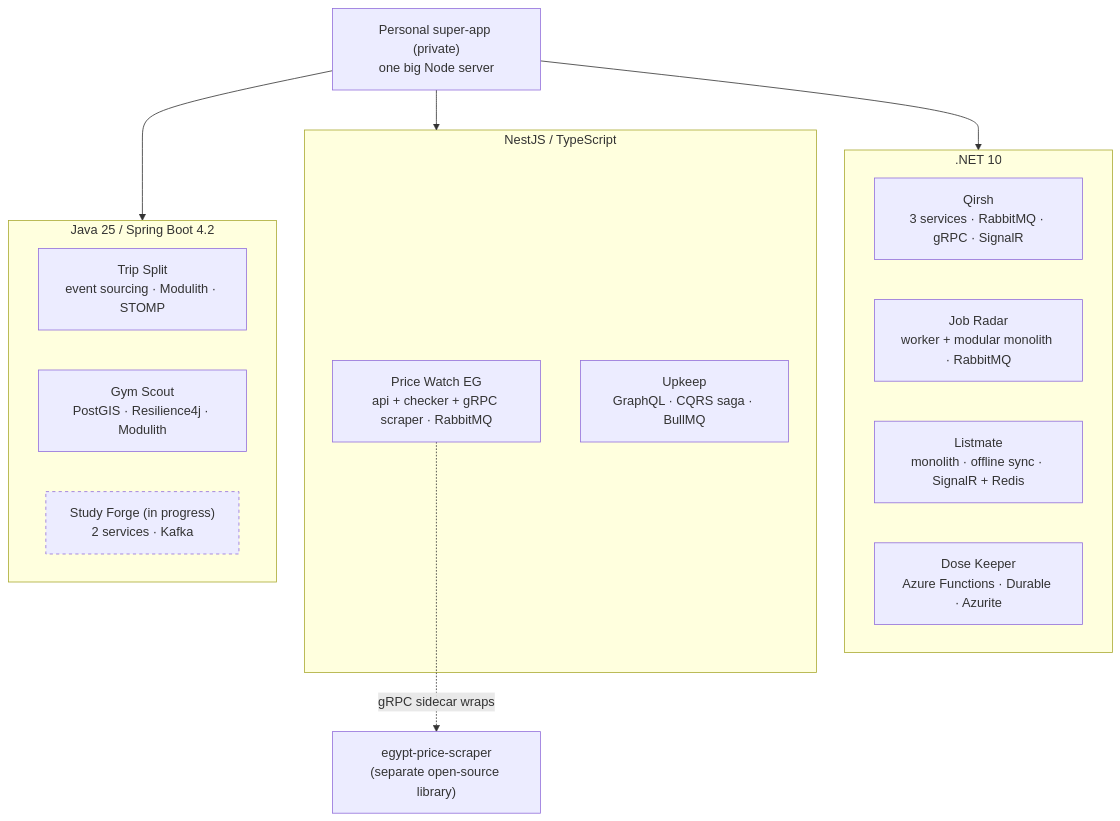
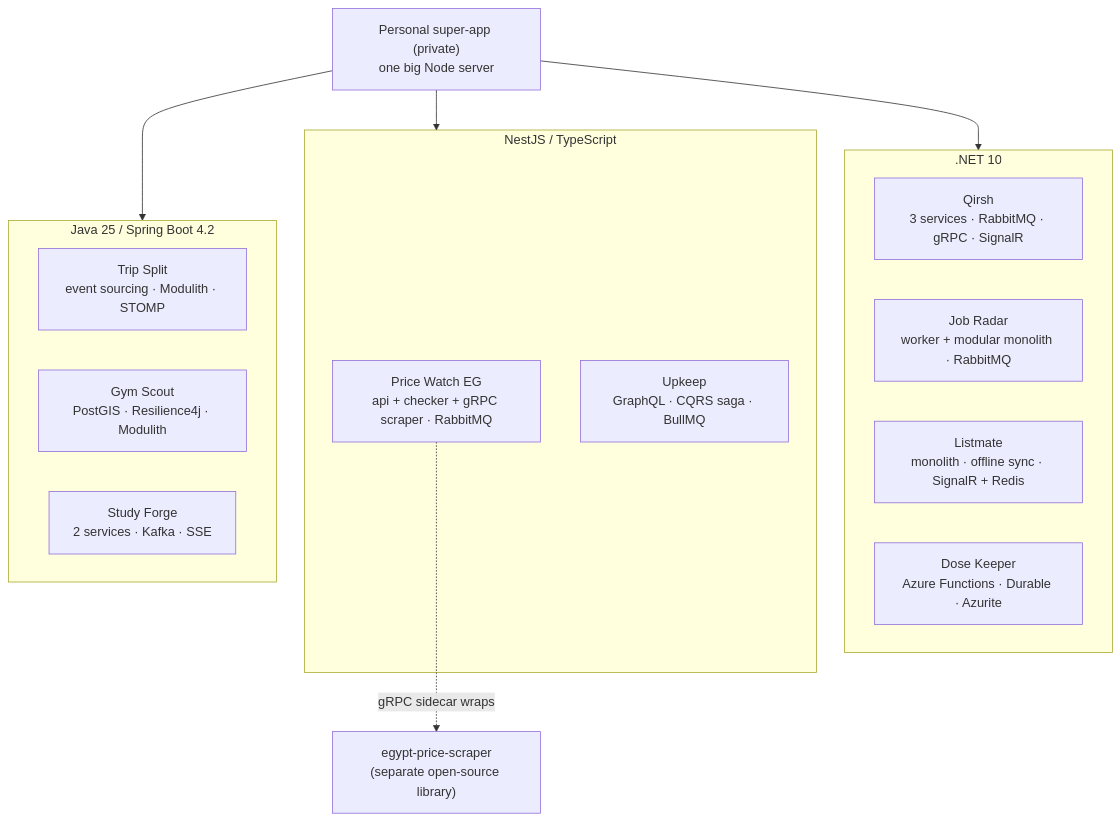
The diagram in README.md (ahmedoshelmy/systems-portfolio), drawn with Mermaid before and after one commit. The commit also changed other lines of this file, not shown here.

Commit message:
docs: Study Forge is published, add it as a full app with its matrix column

````diff
--- a/README.md
+++ b/README.md
@@ -72,30 +73,27 @@
 ```mermaid
 flowchart TB
   SA["Personal super-app (private)<br/>one big Node server"]
   SA --> NET
   SA --> NEST
   SA --> JAVA
 
   subgraph NET[".NET 10"]
     Q["Qirsh<br/>3 services · RabbitMQ · gRPC · SignalR"]
     JR["Job Radar<br/>worker + modular monolith · RabbitMQ"]
     LM["Listmate<br/>monolith · offline sync · SignalR + Redis"]
     DK["Dose Keeper<br/>Azure Functions · Durable · Azurite"]
   end
 
   subgraph NEST["NestJS / TypeScript"]
     PW["Price Watch EG<br/>api + checker + gRPC scraper · RabbitMQ"]
     UK["Upkeep<br/>GraphQL · CQRS saga · BullMQ"]
   end
 
   subgraph JAVA["Java 25 / Spring Boot 4.2"]
     TS["Trip Split<br/>event sourcing · Modulith · STOMP"]
     GS["Gym Scout<br/>PostGIS · Resilience4j · Modulith"]
-    SF["Study Forge (in progress)<br/>2 services · Kafka"]
+    SF["Study Forge<br/>2 services · Kafka · SSE"]
   end
 
   PW -. "gRPC sidecar wraps" .-> EPS["egypt-price-scraper<br/>(separate open-source library)"]
-
-  classDef wip stroke-dasharray: 4 4
-  class SF wip
 ```
````
